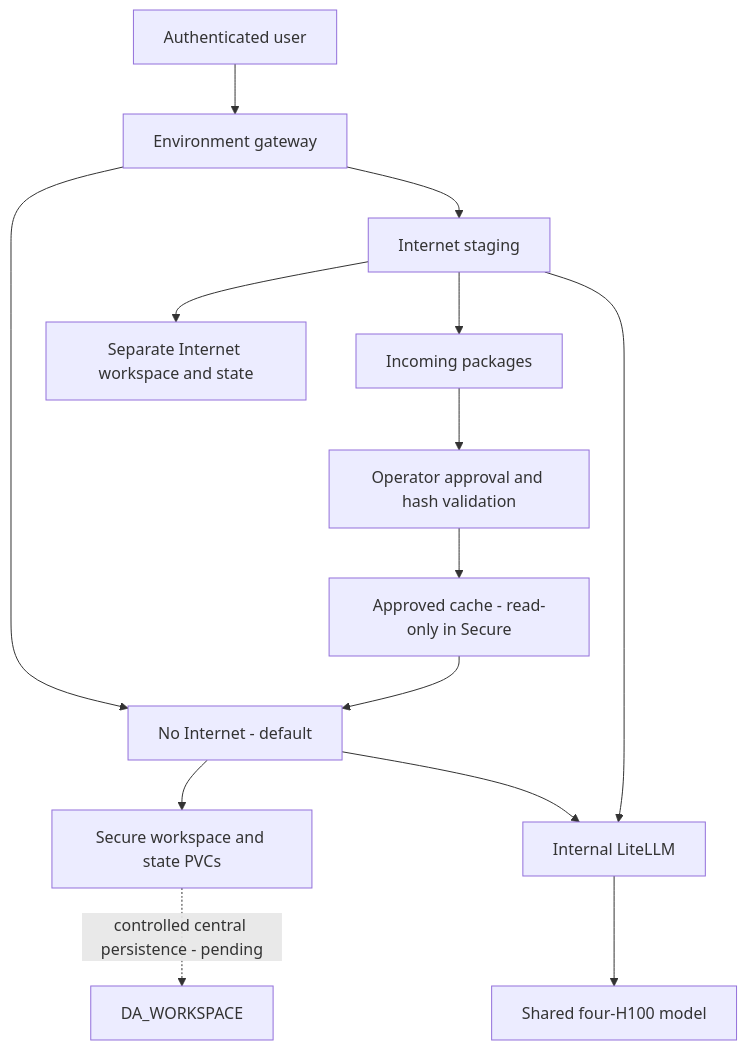
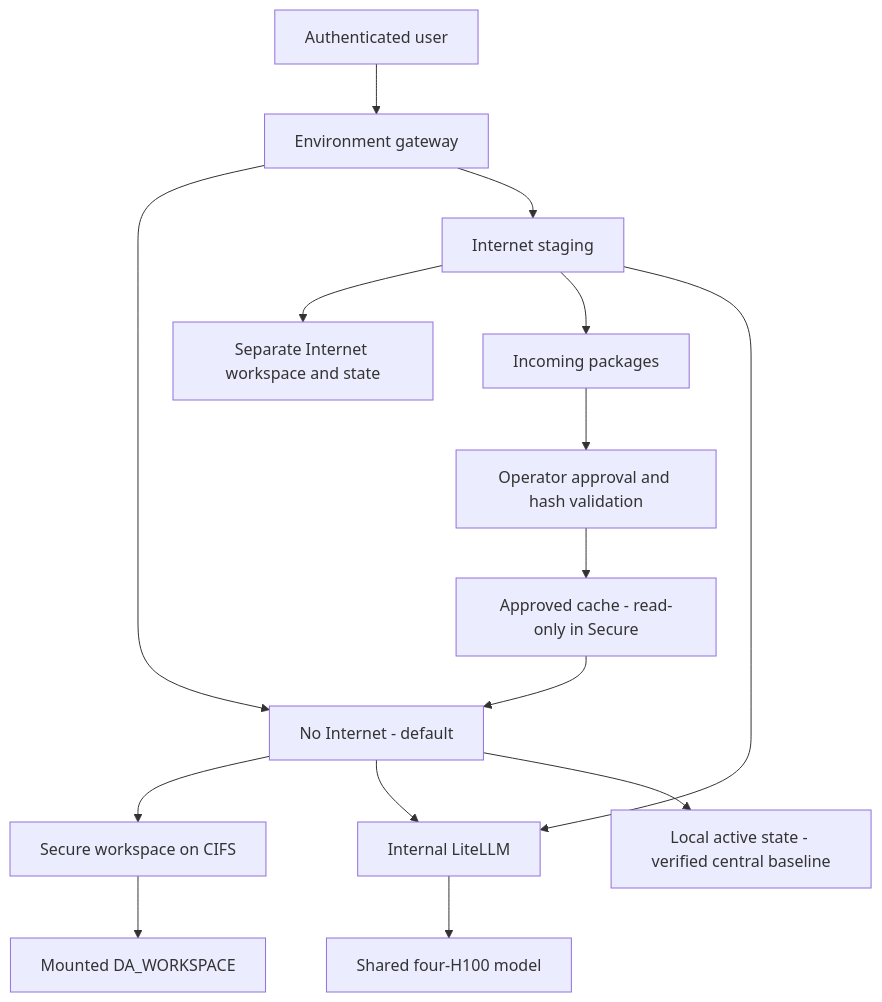
The diagram in README.md (skunpoj/dsh_setup), drawn with Mermaid before and after one commit. The commit also changed other lines of this file and 19 other files, not shown here.

Commit message:
Restore mounted DA_WORKSPACE with verified reconciliation and runtime persistence

````diff
--- a/README.md
+++ b/README.md
@@ -29,16 +29,17 @@
 ```mermaid
 flowchart TB
  User[Authenticated user] --> Gateway[Environment gateway]
  Gateway --> Secure[No Internet - default]
  Gateway --> Internet[Internet staging]
- Secure --> Private[Secure workspace and state PVCs]
+ Secure --> Private[Secure workspace on CIFS]
  Internet --> Staging[Separate Internet workspace and state]
  Internet --> Incoming[Incoming packages]
  Incoming --> Review[Operator approval and hash validation]
  Review --> Approved[Approved cache - read-only in Secure]
  Approved --> Secure
  Secure --> LiteLLM[Internal LiteLLM]
  Internet --> LiteLLM
  LiteLLM --> GPU[Shared four-H100 model]
- Private -. controlled central persistence - pending .-> DA[DA_WORKSPACE]
+ Private --> DA[Mounted DA_WORKSPACE]
+ Secure --> State[Local active state - verified central baseline]
 ```
````
